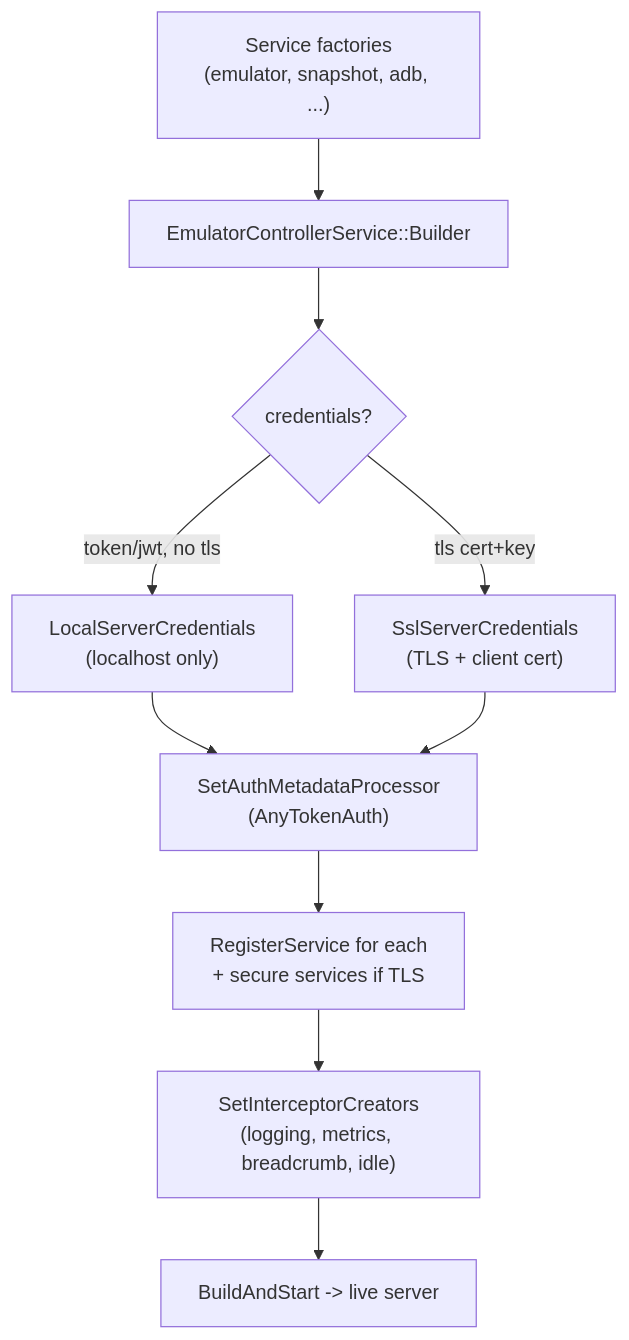
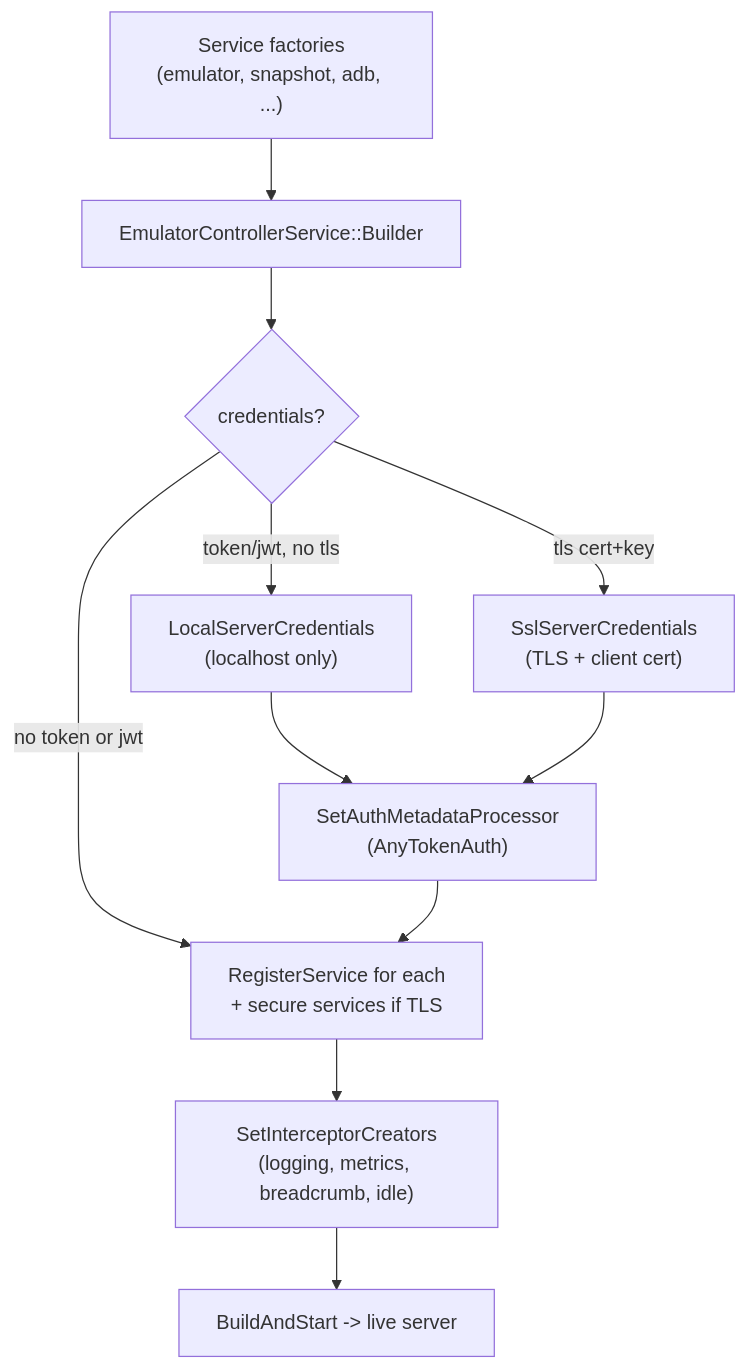
One commit to aospbooks/android-emulator-internal-book changed the fifth of 7 diagrams in 08-console-and-grpc.md. Above: the diagram before and after it, drawn with Mermaid. The commit also changed other lines of this file and 31 other files, not shown here.

````diff
--- a/08-console-and-grpc.md
+++ b/08-console-and-grpc.md
@@ -453,19 +454,20 @@
 ```mermaid
 flowchart TB
     SVC["Service factories<br/>(emulator, snapshot, adb, ...)"]
     BLD["EmulatorControllerService::Builder"]
     CRED{"credentials?"}
     LOCAL["LocalServerCredentials<br/>(localhost only)"]
     TLS["SslServerCredentials<br/>(TLS + client cert)"]
     AUTH["SetAuthMetadataProcessor<br/>(AnyTokenAuth)"]
     REG["RegisterService for each<br/>+ secure services if TLS"]
     INT["SetInterceptorCreators<br/>(logging, metrics, breadcrumb, idle)"]
     START["BuildAndStart -> live server"]
 
     SVC --> BLD --> CRED
     CRED -->|"token/jwt, no tls"| LOCAL
     CRED -->|"tls cert+key"| TLS
+    CRED -->|"no token or jwt"| REG
     LOCAL --> AUTH
     TLS --> AUTH
     AUTH --> REG --> INT --> START
 ```
````
